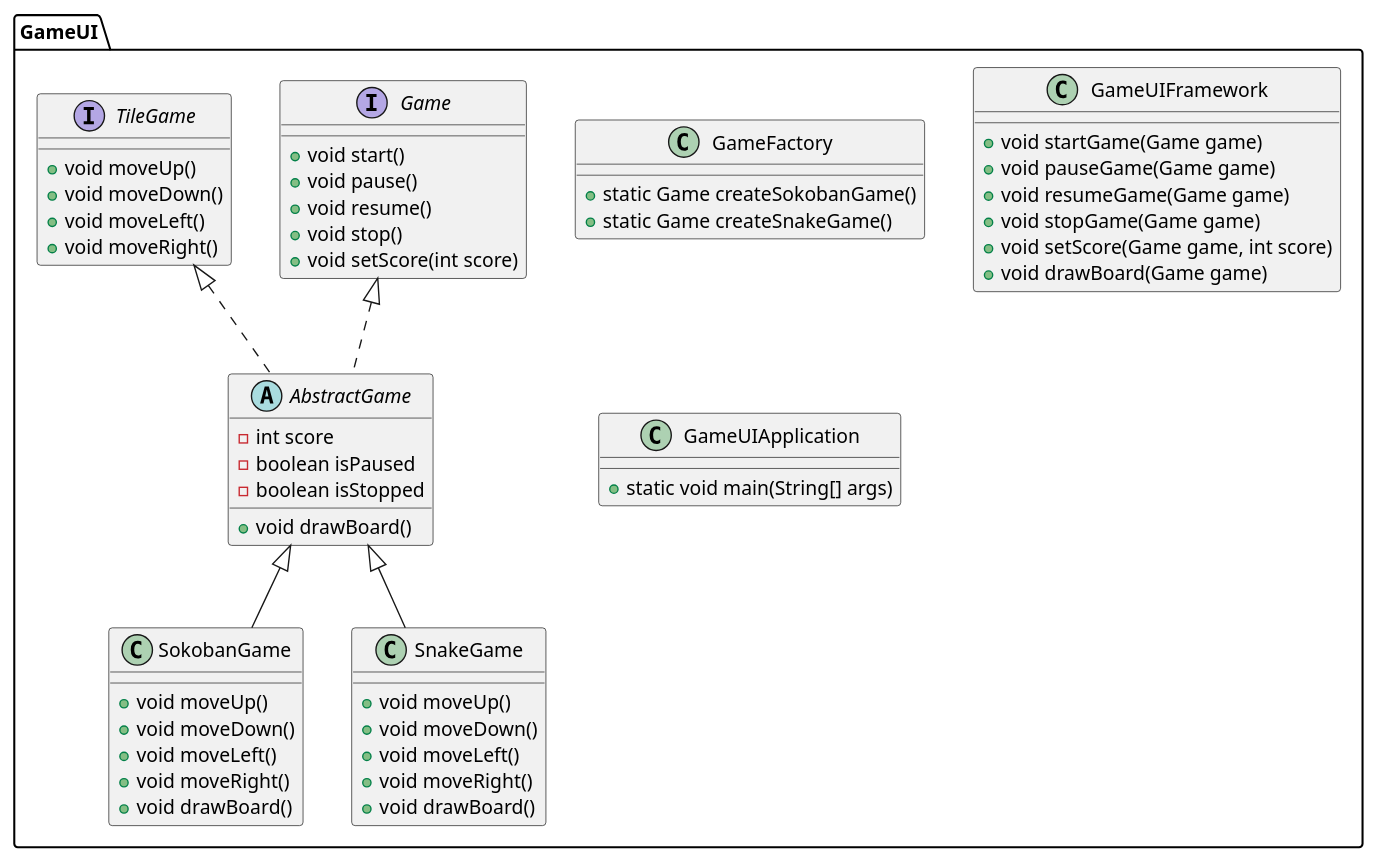
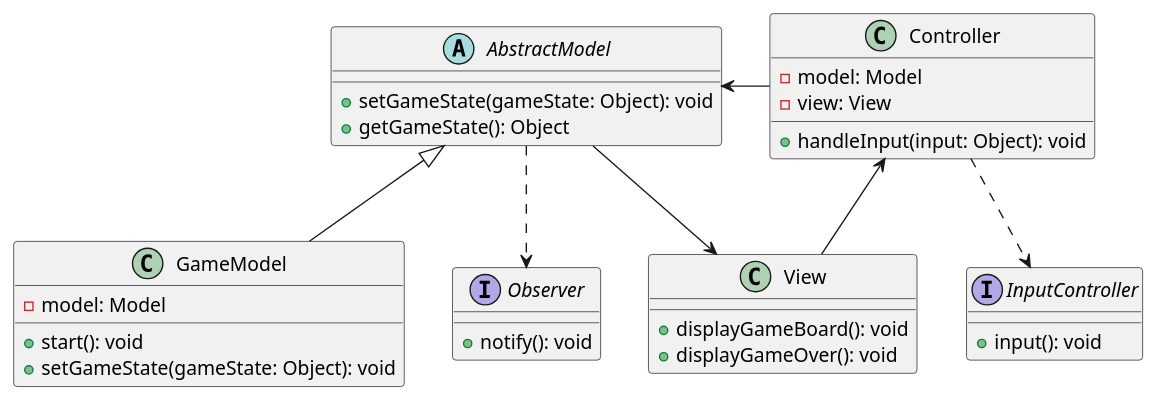
One commit to davidQva/aoop-project changed the diagram in umlPlayground.plantuml. Above: the diagram before and after it, drawn with PlantUML. The commit also changed 41 other files, not shown here.

```diff
--- a/umlPlayground.plantuml
+++ b/umlPlayground.plantuml
@@ -1,52 +1,41 @@
-@startuml
-package GameUI {
-    interface Game {
-        +void start()
-        +void pause()
-        +void resume()
-        +void stop()
-        +void setScore(int score)
-    }
-    interface TileGame {
-        +void moveUp()
-        +void moveDown()
-        +void moveLeft()
-        +void moveRight()
-    }
-    abstract class AbstractGame implements Game, TileGame {
-        -int score
-        -boolean isPaused
-        -boolean isStopped
-        +void drawBoard()
-    }
-    class SokobanGame extends AbstractGame {
-        +void moveUp()
-        +void moveDown()
-        +void moveLeft()
-        +void moveRight()
-        +void drawBoard()
-    }
-    class SnakeGame extends AbstractGame {
-        +void moveUp()
-        +void moveDown()
-        +void moveLeft()
-        +void moveRight()
-        +void drawBoard()
-    }
-    class GameFactory {
-        +static Game createSokobanGame()
-        +static Game createSnakeGame()
-    }
-    class GameUIFramework {
-        +void startGame(Game game)
-        +void pauseGame(Game game)
-        +void resumeGame(Game game)
-        +void stopGame(Game game)
-        +void setScore(Game game, int score)
-        +void drawBoard(Game game)
-    }
-    class GameUIApplication {
-        +static void main(String[] args)
-    }
+@startuml umlPlayground
+
+class GameModel extends AbstractModel {
+    -model: Model   
+    +start(): void
+    +setGameState(gameState: Object): void
+
 }
+
+
+abstract class AbstractModel {
+    +setGameState(gameState: Object): void
+    +getGameState(): Object
+}
+
+class View {
+    +displayGameBoard(): void
+    +displayGameOver(): void
+}
+
+class Controller {
+    -model: Model
+    -view: View
+    +handleInput(input: Object): void
+}
+
+interface Observer {
+    +notify(): void
+}
+
+interface InputController {
+    +input(): void
+}
+
+AbstractModel <- Controller
+Controller <- View
+View <-- AbstractModel
+AbstractModel ..> Observer
+Controller ..> InputController
+
 @enduml
```
